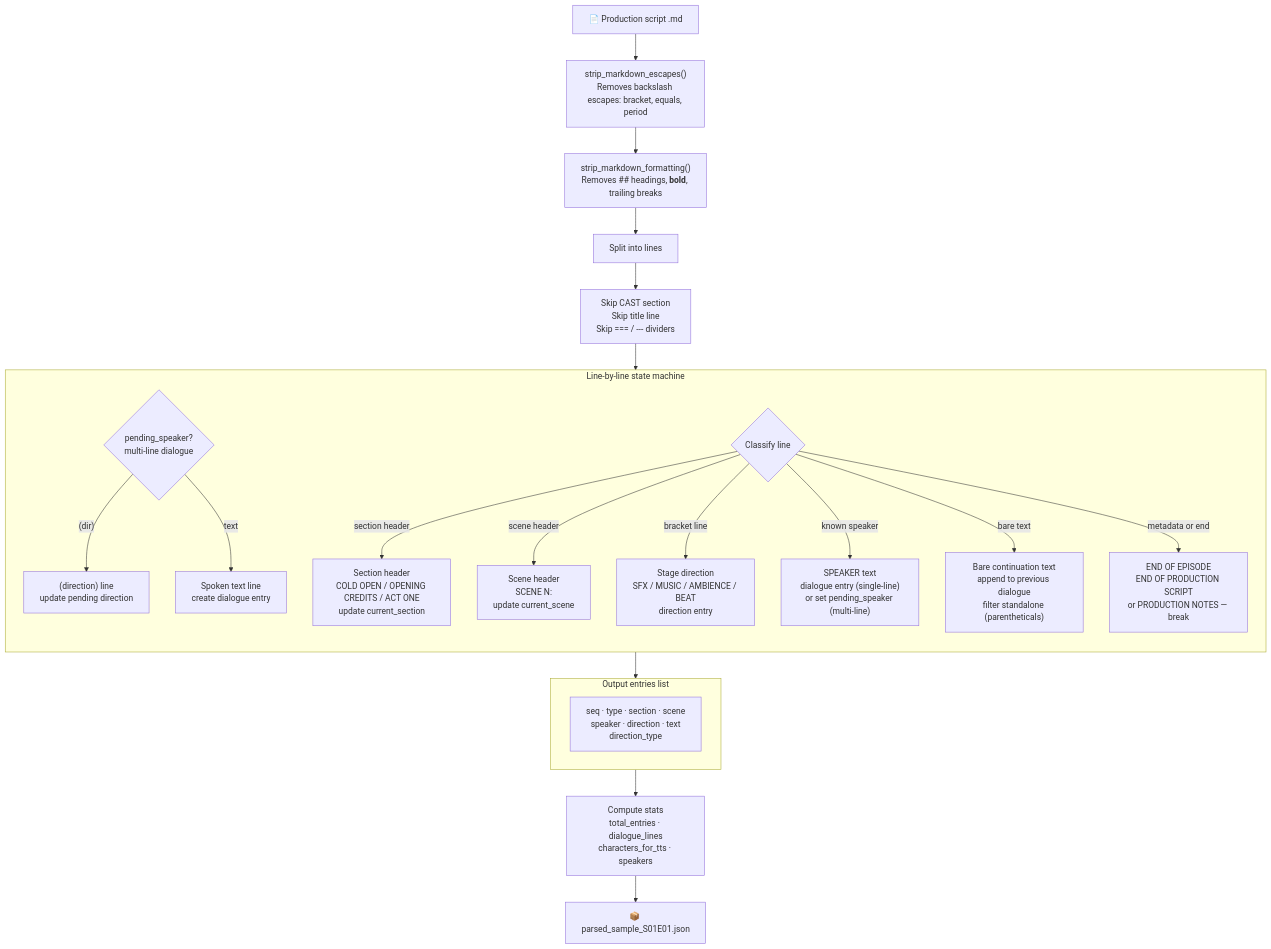
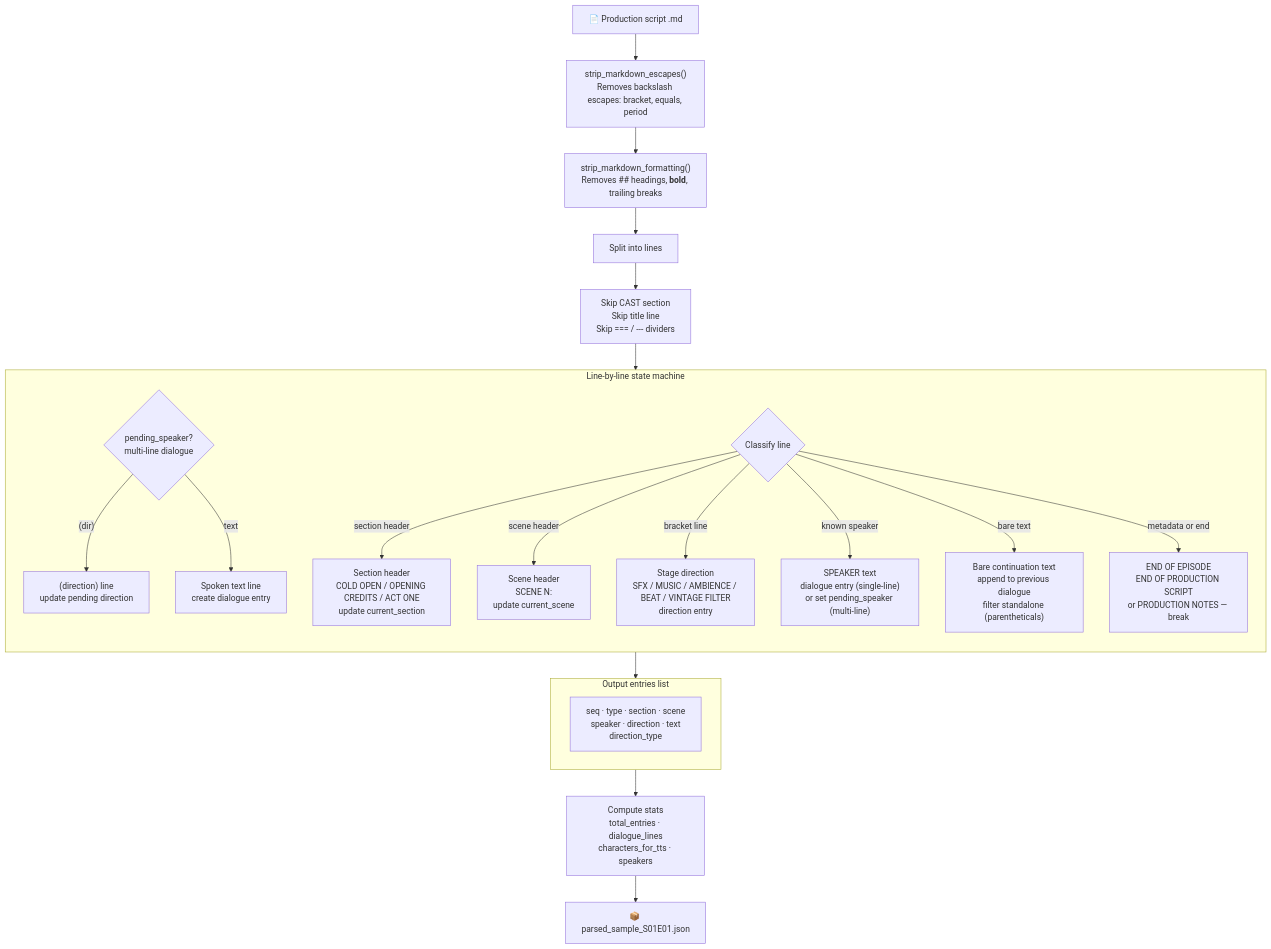
One commit to xilcmd/xil-pipeline changed the second of 22 diagrams in docs/pipeline.md. Above: the diagram before and after it, drawn with Mermaid. The commit also changed other lines of this file and 40 other files, not shown here.

````diff
--- a/docs/pipeline.md
+++ b/docs/pipeline.md
@@ -150,67 +150,67 @@
 ```mermaid
 flowchart TD
     IN["📄 Production script .md"]
     ESC["`strip_markdown_escapes()
     Removes backslash escapes: bracket, equals, period`"]
     FMT["`strip_markdown_formatting()
     Removes ## headings, **bold**, trailing breaks`"]
     LINES["Split into lines"]
     SKIP["`Skip CAST section
     Skip title line
     Skip === / --- dividers`"]
 
     LINES --> SKIP --> LOOP
 
     subgraph LOOP["Line-by-line state machine"]
         direction TB
         PEND{"`pending_speaker?
         multi-line dialogue`"}
         PDIR["`(direction) line
         update pending direction`"]
         PTXT["`Spoken text line
         create dialogue entry`"]
         CHK{"Classify line"}
         SEC["`Section header
         COLD OPEN / OPENING CREDITS / ACT ONE
         update current_section`"]
         SCN["`Scene header
         SCENE N:
         update current_scene`"]
         DIR["`Stage direction
-        SFX / MUSIC / AMBIENCE / BEAT
+        SFX / MUSIC / AMBIENCE / BEAT / VINTAGE FILTER
         direction entry`"]
         DLG["`SPEAKER text
         dialogue entry (single-line)
         or set pending_speaker (multi-line)`"]
         CONT["`Bare continuation text
         append to previous dialogue
         filter standalone (parentheticals)`"]
         STOP["`END OF EPISODE
         END OF PRODUCTION SCRIPT
         or PRODUCTION NOTES — break`"]
 
         PEND -->|"(dir)"| PDIR
         PEND -->|text| PTXT
         CHK -->|section header| SEC
         CHK -->|scene header| SCN
         CHK -->|bracket line| DIR
         CHK -->|known speaker| DLG
         CHK -->|bare text| CONT
         CHK -->|metadata or end| STOP
     end
 
     IN --> ESC --> FMT --> LINES
     LOOP --> ENTRIES
 
     subgraph ENTRIES["Output entries list"]
         direction LR
         E1["`seq · type · section · scene
         speaker · direction · text
         direction_type`"]
     end
 
     ENTRIES --> STATS["`Compute stats
     total_entries · dialogue_lines
     characters_for_tts · speakers`"]
     STATS --> JSON["📦 parsed_sample_S01E01.json"]
 ```
````
